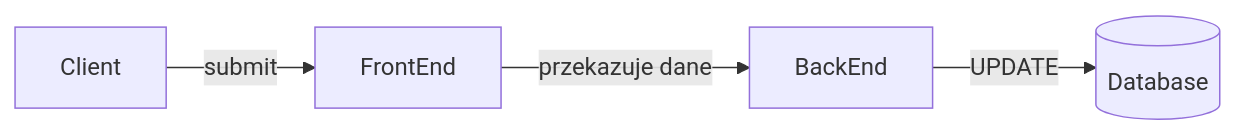
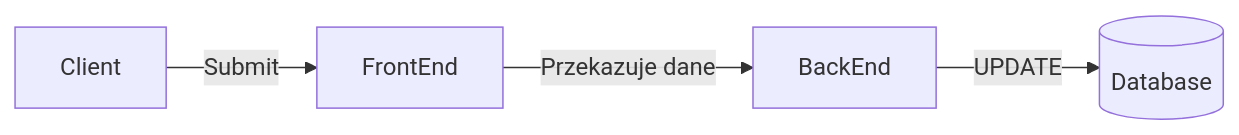
Before and after one commit to Kajiysor/UJ_WWW_Project_2: the sixth of 6 diagrams in README.md, drawn with Mermaid. The commit also changed other lines of this file and 3 other files, not shown here.

````diff
--- a/README.md
+++ b/README.md
@@ -77,8 +120,8 @@
 ```mermaid
 flowchart LR
     client[Client]
     backend[BackEnd]
     frontend[FrontEnd]
     db[(Database)]
-    client-->|submit|frontend-->|przekazuje dane|backend-->|UPDATE|db
+    client-->|Submit|frontend-->|Przekazuje dane|backend-->|UPDATE|db
 ```
````
